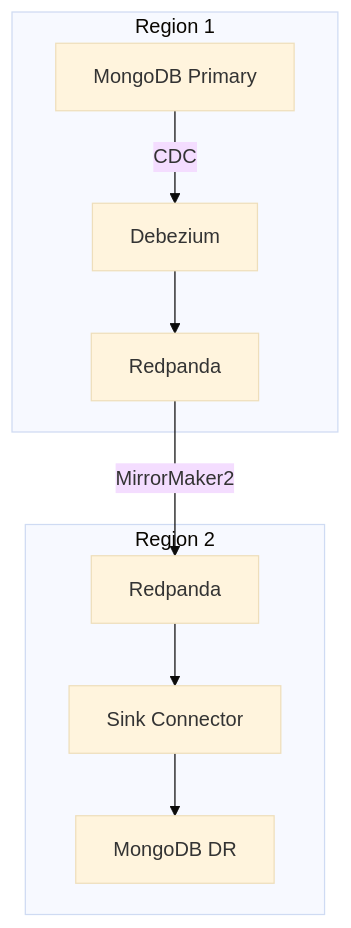
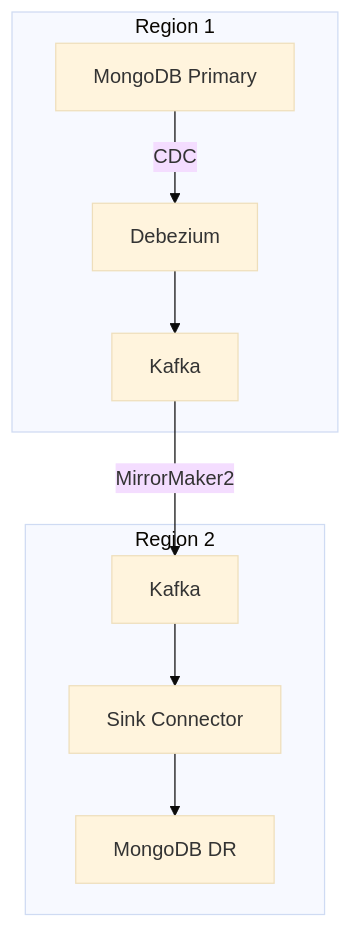
Before and after one commit to openova-io/openova: the second of 2 diagrams in platform/mongodb/README.md, drawn with Mermaid (base theme). The commit also changed other lines of this file and 35 other files, not shown here.

````diff
--- a/platform/mongodb/README.md
+++ b/platform/mongodb/README.md
@@ -38,20 +38,20 @@
 ```mermaid
 flowchart TB
     subgraph Region1["Region 1"]
         MG1[MongoDB Primary]
         Debezium[Debezium]
-        RP1[Redpanda]
+        Kafka1[Kafka]
     end
 
     subgraph Region2["Region 2"]
-        RP2[Redpanda]
+        Kafka2[Kafka]
         Sink[Sink Connector]
         MG2[MongoDB DR]
     end
 
     MG1 -->|"CDC"| Debezium
-    Debezium --> RP1
-    RP1 -->|"MirrorMaker2"| RP2
-    RP2 --> Sink
+    Debezium --> Kafka1
+    Kafka1 -->|"MirrorMaker2"| Kafka2
+    Kafka2 --> Sink
     Sink --> MG2
 ```
````
